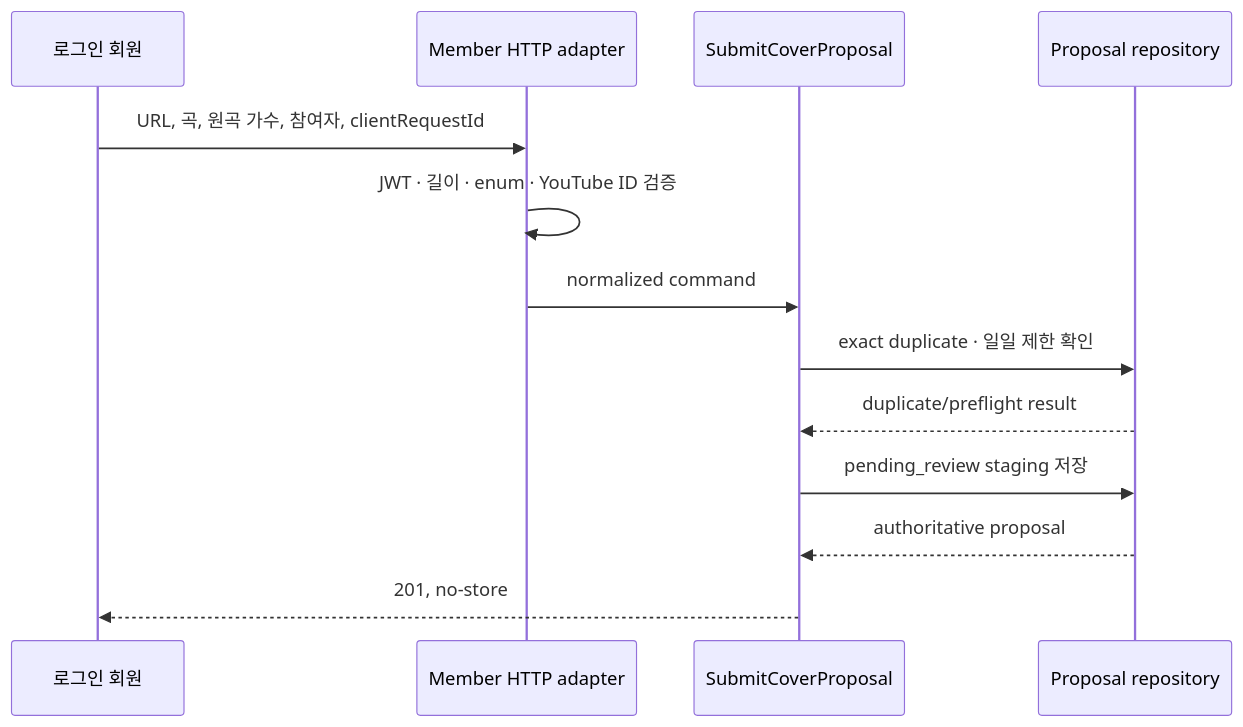
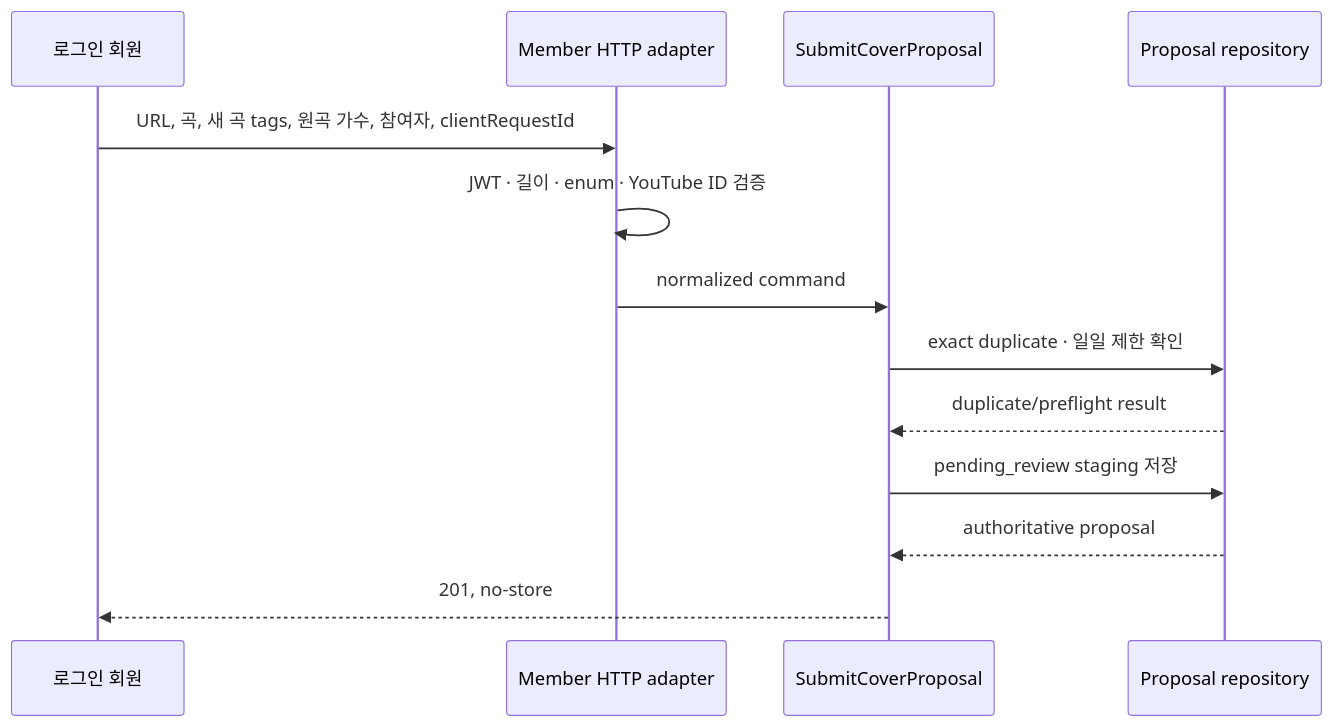
Before and after one commit to rlatmfrl24/overthewall-schedule: the fourth of 6 diagrams in docs/otw-play-system-design.md, drawn with Mermaid. The commit also changed other lines of this file and 32 other files, not shown here.

Commit message:
feat(otw-play): add song labels to review flows (#83)

````diff
--- a/docs/otw-play-system-design.md
+++ b/docs/otw-play-system-design.md
@@ -555,16 +555,16 @@
 ```mermaid
 sequenceDiagram
   participant U as 로그인 회원
   participant H as Member HTTP adapter
   participant A as SubmitCoverProposal
   participant P as Proposal repository
 
-  U->>H: URL, 곡, 원곡 가수, 참여자, clientRequestId
+  U->>H: URL, 곡, 새 곡 tags, 원곡 가수, 참여자, clientRequestId
   H->>H: JWT · 길이 · enum · YouTube ID 검증
   H->>A: normalized command
   A->>P: exact duplicate · 일일 제한 확인
   P-->>A: duplicate/preflight result
   A->>P: pending_review staging 저장
   P-->>A: authoritative proposal
   A-->>U: 201, no-store
 ```
````
